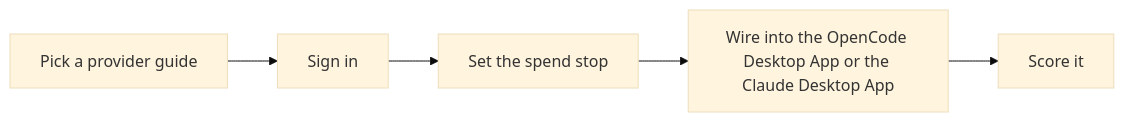
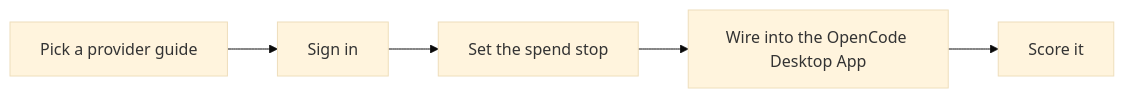
One commit to SoulCraft-Org/compute-crafter changed the diagram in README.md. Above: the diagram before and after it, drawn with Mermaid (base theme). The commit also changed other lines of this file and 63 other files, not shown here.

First line of the commit message:
Scope Compute Crafter to OpenCode and open weights only (#329)

````diff
--- a/README.md
+++ b/README.md
@@ -11,4 +11,4 @@
 ```mermaid
 flowchart LR
-  G[Pick a provider guide] --> S[Sign in] --> C[Set the spend stop] --> W[Wire into the OpenCode Desktop App or the Claude Desktop App] --> Q[Score it]
+  G[Pick a provider guide] --> S[Sign in] --> C[Set the spend stop] --> W[Wire into the OpenCode Desktop App] --> Q[Score it]
 ```
````
